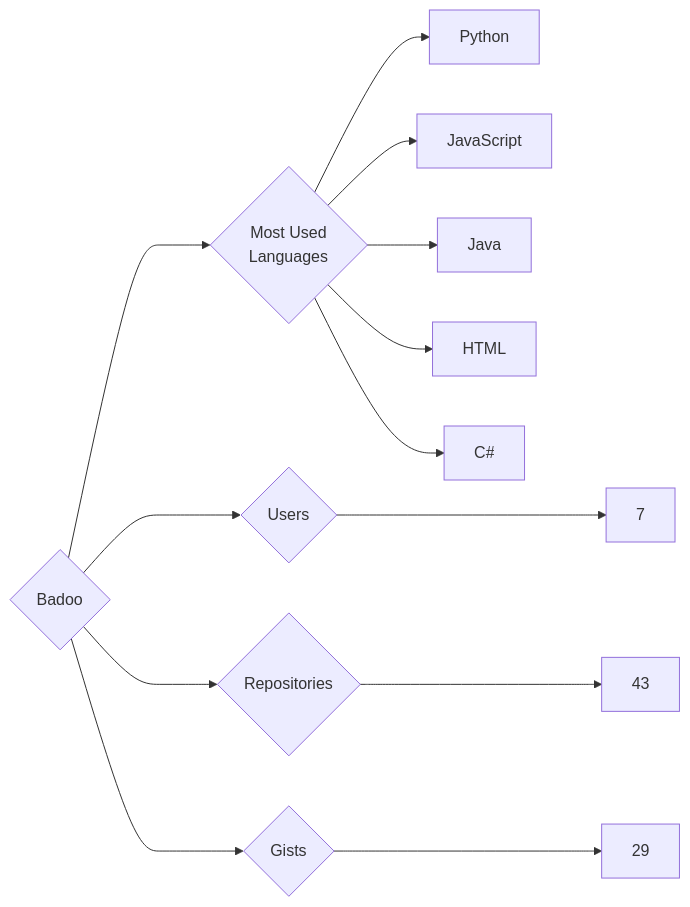
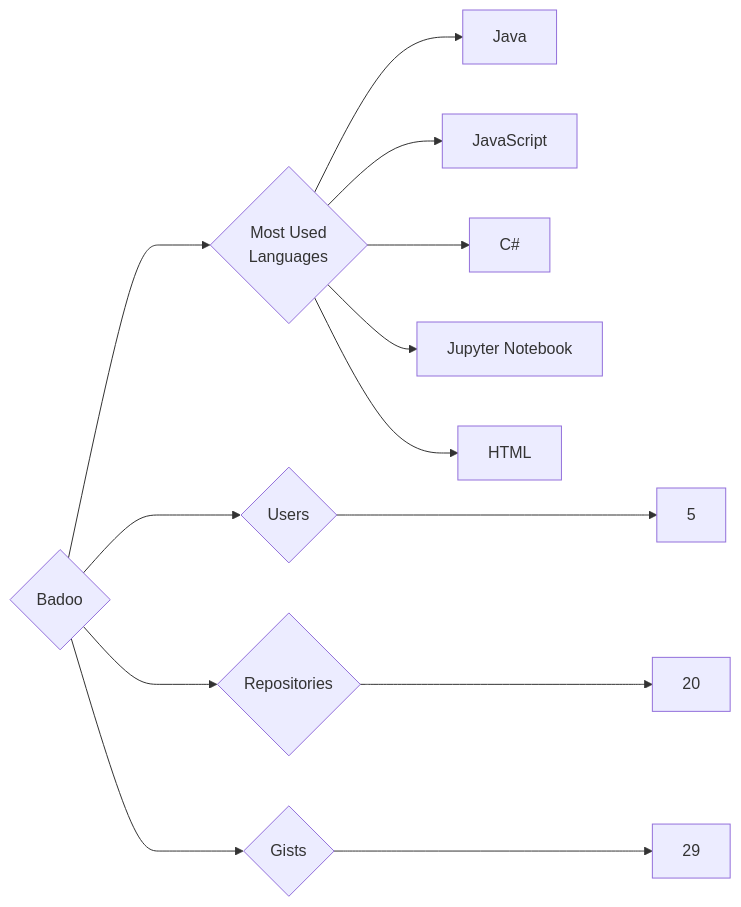
Before and after one commit to trickest/insiders: the diagram in targets/Badoo/README.md, drawn with Mermaid. The commit also changed 1003 other files, not shown here.

````diff
--- a/targets/Badoo/README.md
+++ b/targets/Badoo/README.md
@@ -3,13 +3,13 @@
 ```mermaid
 graph LR
 COMPANY_NAME{Badoo}
-COMPANY_NAME ---> U{Users} ---> UN[7]
-COMPANY_NAME ---> R{Repositories} ---> RN[43]
+COMPANY_NAME ---> U{Users} ---> UN[5]
+COMPANY_NAME ---> R{Repositories} ---> RN[20]
 COMPANY_NAME ---> G{Gists} ---> GN[29]
 COMPANY_NAME ---> ML{Most Used<br>Languages}
-ML --> Python[Python]
+ML --> Java[Java]
 ML --> JavaScript[JavaScript]
-ML --> Java[Java]
+ML --> C#[C#]
+ML --> Jupyter_Notebook[Jupyter Notebook]
 ML --> HTML[HTML]
-ML --> C#[C#]
 ```
````
